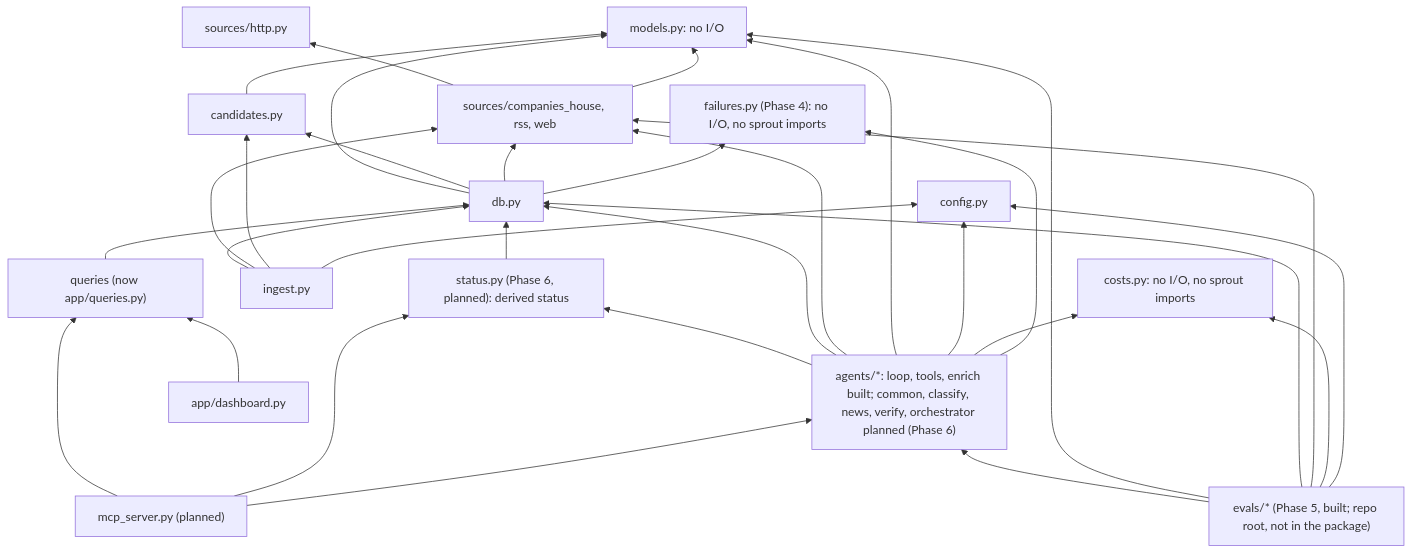
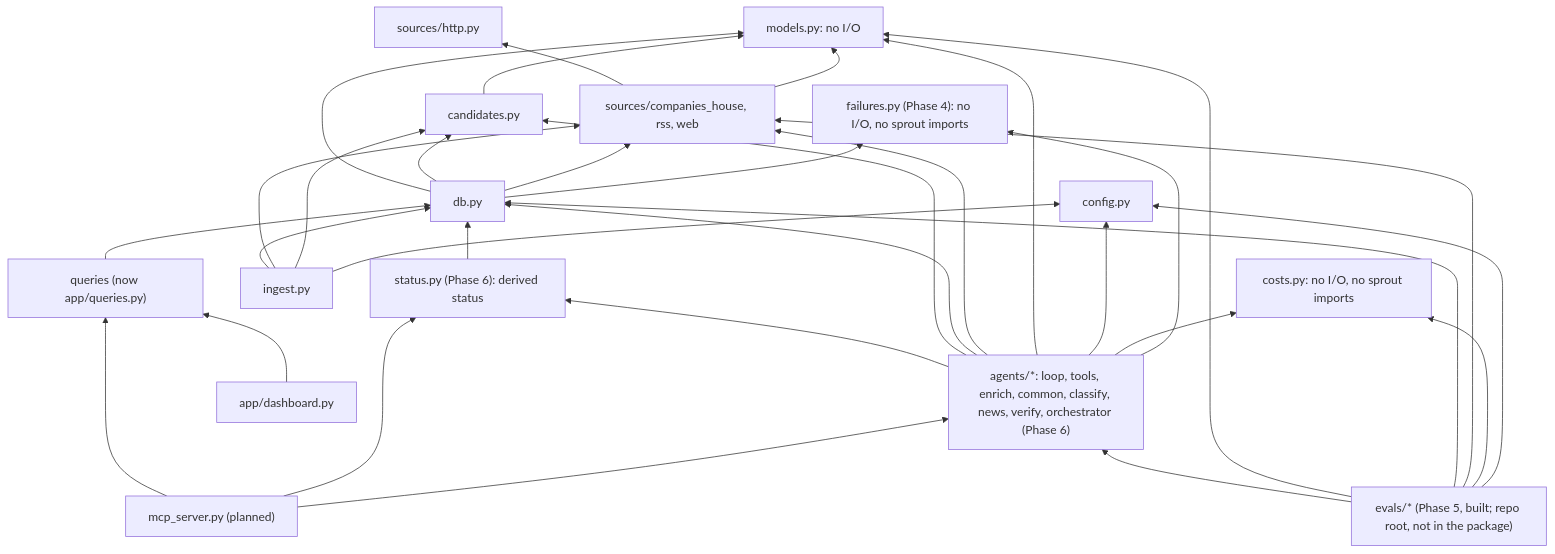
One commit to Farzaanee/sprout changed the first of 2 diagrams in docs/architecture/1. overview.md. Above: the diagram before and after it, drawn with Mermaid. The commit also changed other lines of this file and 13 other files, not shown here.

Commit message:
sync architecture docs after phase 6 build

````diff
--- a/docs/architecture/1. overview.md
+++ b/docs/architecture/1. overview.md
@@ -23,48 +23,49 @@
 ```mermaid
 flowchart BT
     models["models.py: no I/O"]
     config["config.py"]
     costs["costs.py: no I/O, no sprout imports"]
     failures["failures.py (Phase 4): no I/O, no sprout imports"]
     candidates["candidates.py"]
     http["sources/http.py"]
     sources["sources/companies_house, rss, web"]
     db["db.py"]
     ingest["ingest.py"]
     queries["queries (now app/queries.py)"]
-    statusmod["status.py (Phase 6, planned): derived status"]
-    agents["agents/*: loop, tools, enrich built; common, classify, news, verify, orchestrator planned (Phase 6)"]
+    statusmod["status.py (Phase 6): derived status"]
+    agents["agents/*: loop, tools, enrich, common, classify, news, verify, orchestrator (Phase 6)"]
     mcp["mcp_server.py (planned)"]
     dash["app/dashboard.py"]
     evals["evals/* (Phase 5, built; repo root, not in the package)"]
     candidates --> models
     sources --> http
     sources --> models
     db --> models
     db --> candidates
     db --> sources
     db --> failures
     ingest --> db
     ingest --> sources
     ingest --> candidates
     ingest --> config
     queries --> db
     statusmod --> db
     agents --> statusmod
+    agents --> candidates
     agents --> db
     agents --> sources
     agents --> models
     agents --> config
     agents --> costs
     agents --> failures
     mcp --> queries
     mcp --> statusmod
     mcp --> agents
     dash --> queries
     evals --> agents
     evals --> models
     evals --> db
     evals --> sources
     evals --> costs
     evals --> config
 ```
````
